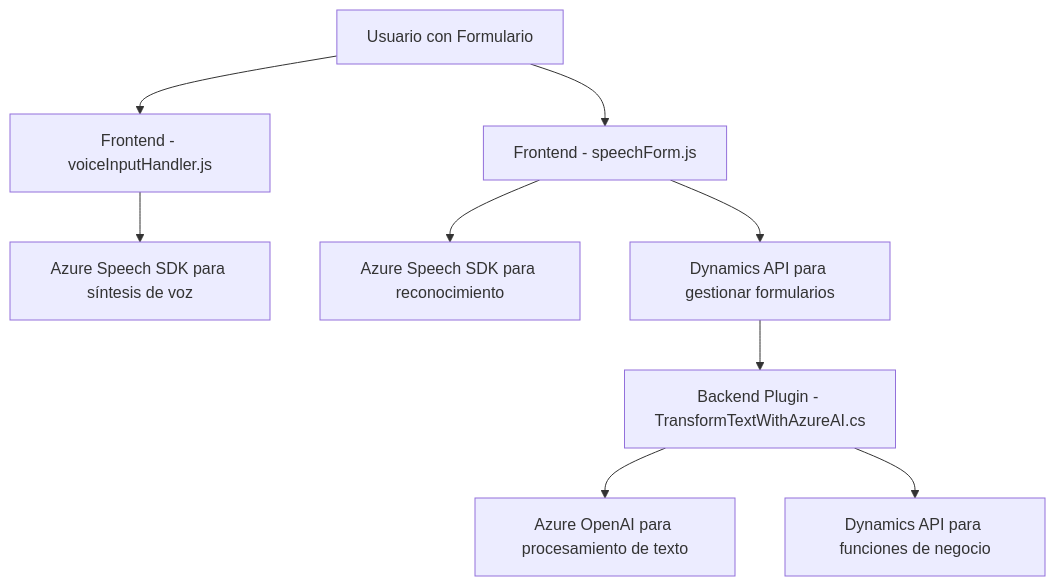
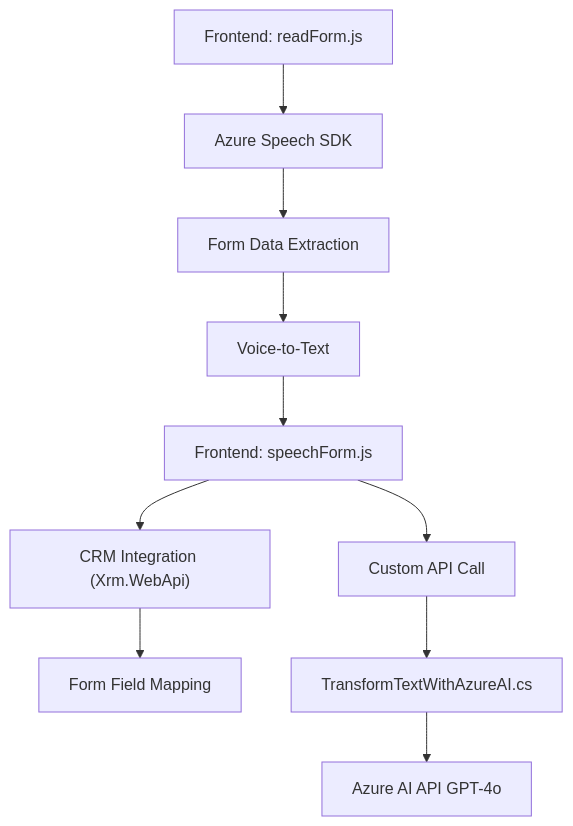
One commit to blopezdm/NETCORE_BILBAO2025 changed the diagram in README.md. Above: the diagram before and after it, drawn with Mermaid. The commit also changed other lines of this file, not shown here.

Commit message:
Actualizar análisis global de la solución con IA

````diff
--- a/README.md
+++ b/README.md
@@ -54,11 +42,12 @@
 ```mermaid
 graph TD
-    A["Usuario con Formulario"] --> B["Frontend - voiceInputHandler.js"]
-    A --> C["Frontend - speechForm.js"]
-    B --> D["Azure Speech SDK para síntesis de voz"]
-    C --> E["Azure Speech SDK para reconocimiento"]
-    C --> F["Dynamics API para gestionar formularios"]
-    F --> G["Backend Plugin - TransformTextWithAzureAI.cs"]
-    G --> H["Azure OpenAI para procesamiento de texto"]
-    G --> I["Dynamics API para funciones de negocio"]
+  A["Frontend: readForm.js"] --> B["Azure Speech SDK"]
+  B --> C["Form Data Extraction"]
+  C --> D["Voice-to-Text"]
+  D --> E["Frontend: speechForm.js"]
+  E --> F["CRM Integration (Xrm.WebApi)"]
+  E --> G["Custom API Call"]
+  F --> H["Form Field Mapping"]
+  G --> I["TransformTextWithAzureAI.cs"]
+  I --> J["Azure AI API GPT-4o"]
 ```
````
